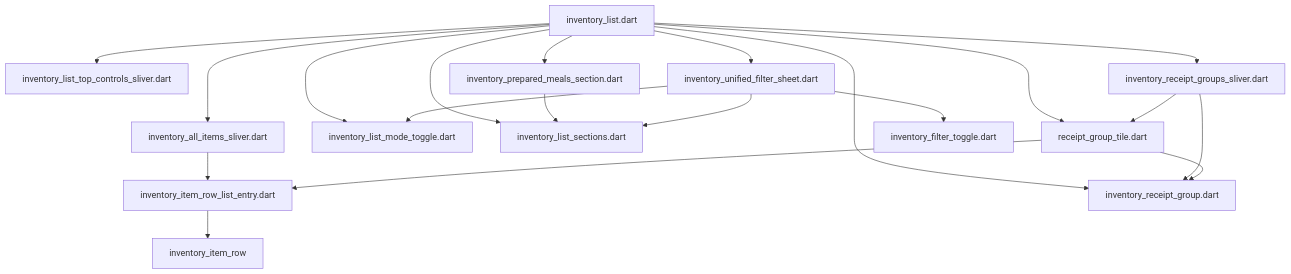
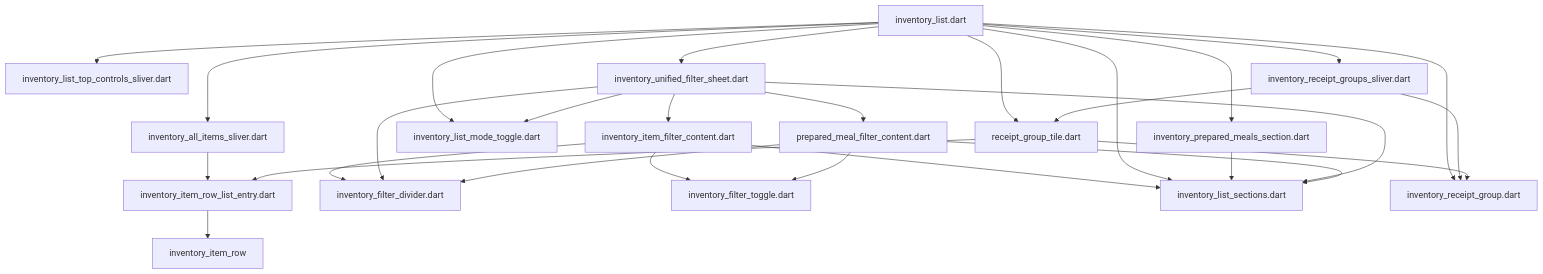
Before and after one commit to repinw/yamt: the diagram in lib/features/inventory/presentation/widgets/inventory_list/DEPS.md, drawn with Mermaid. The commit also changed 21 other files, not shown here.

````diff
--- a/lib/features/inventory/presentation/widgets/inventory_list/DEPS.md
+++ b/lib/features/inventory/presentation/widgets/inventory_list/DEPS.md
@@ -6,22 +6,30 @@
 ```mermaid
 flowchart TD;
 inventory_all_items_sliver.dart-->inventory_item_row_list_entry.dart;
+inventory_item_filter_content.dart-->inventory_filter_divider.dart;
+inventory_item_filter_content.dart-->inventory_filter_toggle.dart;
+inventory_item_filter_content.dart-->inventory_list_sections.dart;
 inventory_item_row_list_entry.dart-->inventory_item_row;
 inventory_list.dart-->inventory_all_items_sliver.dart;
 inventory_list.dart-->inventory_list_mode_toggle.dart;
 inventory_list.dart-->inventory_list_sections.dart;
 inventory_list.dart-->inventory_list_top_controls_sliver.dart;
-inventory_list.dart-->inventory_unified_filter_sheet.dart;
 inventory_list.dart-->inventory_prepared_meals_section.dart;
 inventory_list.dart-->inventory_receipt_group.dart;
 inventory_list.dart-->inventory_receipt_groups_sliver.dart;
+inventory_list.dart-->inventory_unified_filter_sheet.dart;
 inventory_list.dart-->receipt_group_tile.dart;
 inventory_prepared_meals_section.dart-->inventory_list_sections.dart;
 inventory_receipt_groups_sliver.dart-->inventory_receipt_group.dart;
 inventory_receipt_groups_sliver.dart-->receipt_group_tile.dart;
-inventory_unified_filter_sheet.dart-->inventory_filter_toggle.dart;
+inventory_unified_filter_sheet.dart-->inventory_filter_divider.dart;
+inventory_unified_filter_sheet.dart-->inventory_item_filter_content.dart;
 inventory_unified_filter_sheet.dart-->inventory_list_mode_toggle.dart;
 inventory_unified_filter_sheet.dart-->inventory_list_sections.dart;
+inventory_unified_filter_sheet.dart-->prepared_meal_filter_content.dart;
+prepared_meal_filter_content.dart-->inventory_filter_divider.dart;
+prepared_meal_filter_content.dart-->inventory_filter_toggle.dart;
+prepared_meal_filter_content.dart-->inventory_list_sections.dart;
 receipt_group_tile.dart-->inventory_item_row_list_entry.dart;
 receipt_group_tile.dart-->inventory_receipt_group.dart;
 ```
````
